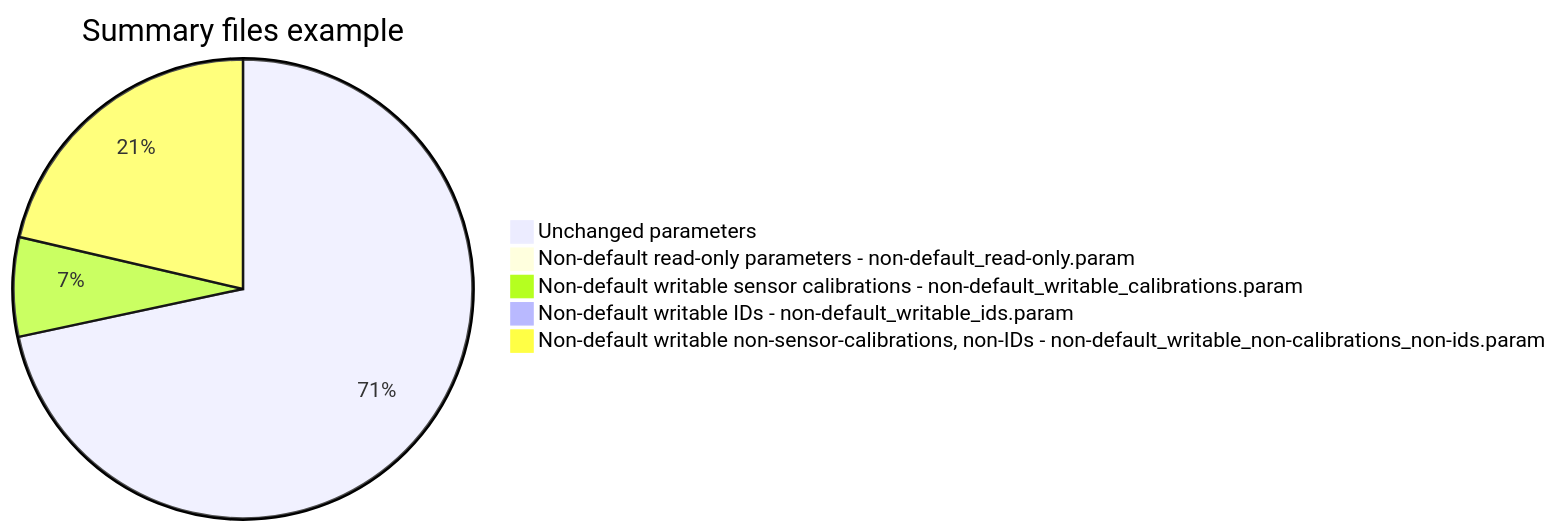
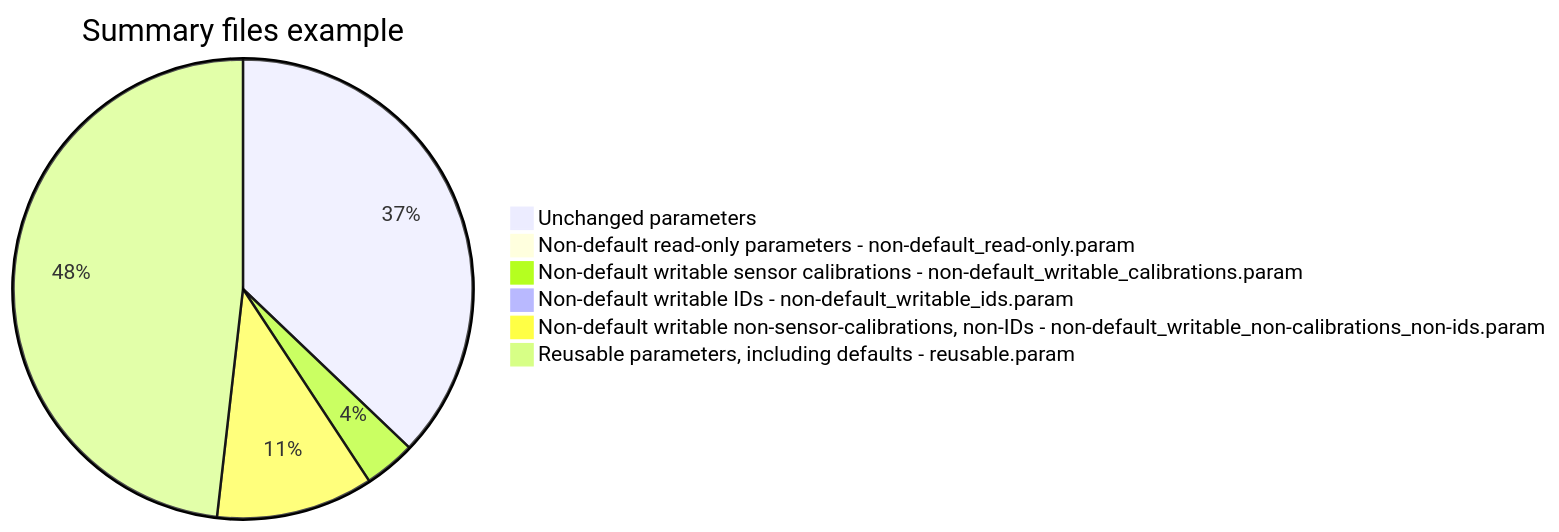
Before and after one commit to ArduPilot/MethodicConfigurator: the second of 2 diagrams in USERMANUAL.md, drawn with Mermaid. The commit also changed other lines of this file and 3 other files, not shown here.

Commit message:
feat(export): Create a reusable.param with all reusable parameters between similar vehicles

````diff
--- a/USERMANUAL.md
+++ b/USERMANUAL.md
@@ -363,8 +363,9 @@
 ```mermaid
 pie title Summary files example
     "Unchanged parameters" : 728
     "Non-default read-only parameters - non-default_read-only.param" : 8
     "Non-default writable sensor calibrations - non-default_writable_calibrations.param" : 71
     "Non-default writable IDs - non-default_writable_ids.param" : 3
     "Non-default writable non-sensor-calibrations, non-IDs - non-default_writable_non-calibrations_non-ids.param" : 217
+    "Reusable parameters, including defaults - reusable.param" : 945
 ```
````
